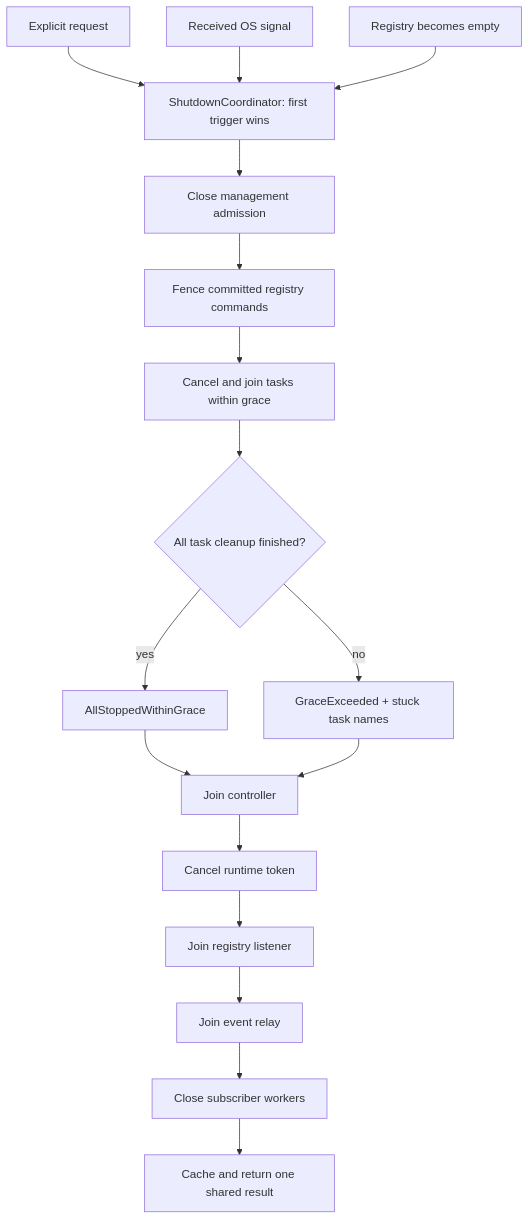
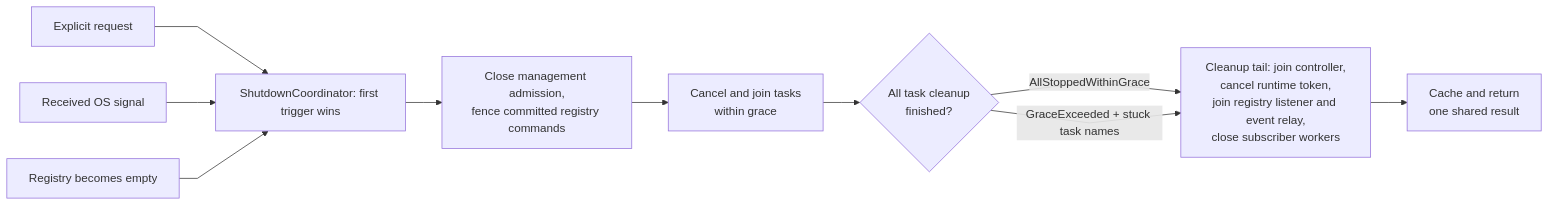
Before and after one commit to soltiHQ/taskvisor: the seventh of 7 diagrams in src/ARCHITECTURE.md, drawn with Mermaid. The commit also changed other lines of this file, not shown here.

````diff
--- a/src/ARCHITECTURE.md
+++ b/src/ARCHITECTURE.md
@@ -256,36 +257,23 @@
 ```mermaid
-flowchart TB
+%%{init: {"flowchart": {"curve": "linear"}}}%%
+flowchart LR
     Explicit["Explicit request"]
     Signal["Received OS signal"]
     Natural["Registry becomes empty"]
     Coordinator["ShutdownCoordinator: first trigger wins"]
-    Admission["Close management admission"]
-    Fence["Fence committed registry commands"]
-    Drain["Cancel and join tasks within grace"]
-    Verdict{"All task cleanup finished?"}
-    GraceOK["AllStoppedWithinGrace"]
-    GraceExceeded["GraceExceeded + stuck task names"]
-    JoinController["Join controller"]
-    CancelRuntime["Cancel runtime token"]
-    JoinRegistry["Join registry listener"]
-    JoinRelay["Join event relay"]
-    CloseSubscribers["Close subscriber workers"]
-    Result["Cache and return one shared result"]
+    Close["Close management admission,<br/>fence committed registry commands"]
+    Drain["Cancel and join tasks<br/>within grace"]
+    Verdict{"All task cleanup<br/>finished?"}
+    Tail["Cleanup tail: join controller,<br/>cancel runtime token,<br/>join registry listener and event relay,<br/>close subscriber workers"]
+    Result["Cache and return<br/>one shared result"]
 
     Explicit --> Coordinator
     Signal --> Coordinator
     Natural --> Coordinator
-    Coordinator --> Admission
-    Admission --> Fence
-    Fence --> Drain
+    Coordinator --> Close
+    Close --> Drain
     Drain --> Verdict
-    Verdict -->|yes| GraceOK
-    Verdict -->|no| GraceExceeded
-    GraceOK --> JoinController
-    GraceExceeded --> JoinController
-    JoinController --> CancelRuntime
-    CancelRuntime --> JoinRegistry
-    JoinRegistry --> JoinRelay
-    JoinRelay --> CloseSubscribers
-    CloseSubscribers --> Result
+    Verdict -->|AllStoppedWithinGrace| Tail
+    Verdict -->|GraceExceeded + stuck task names| Tail
+    Tail --> Result
 ```
````
